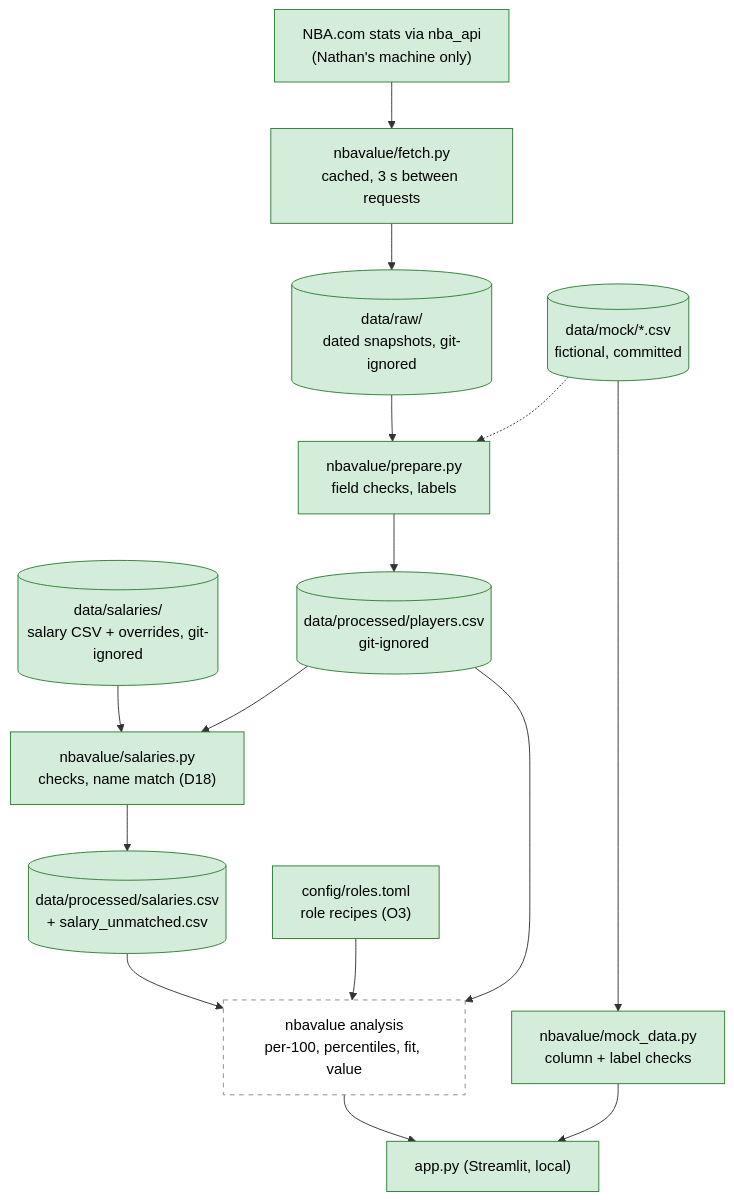
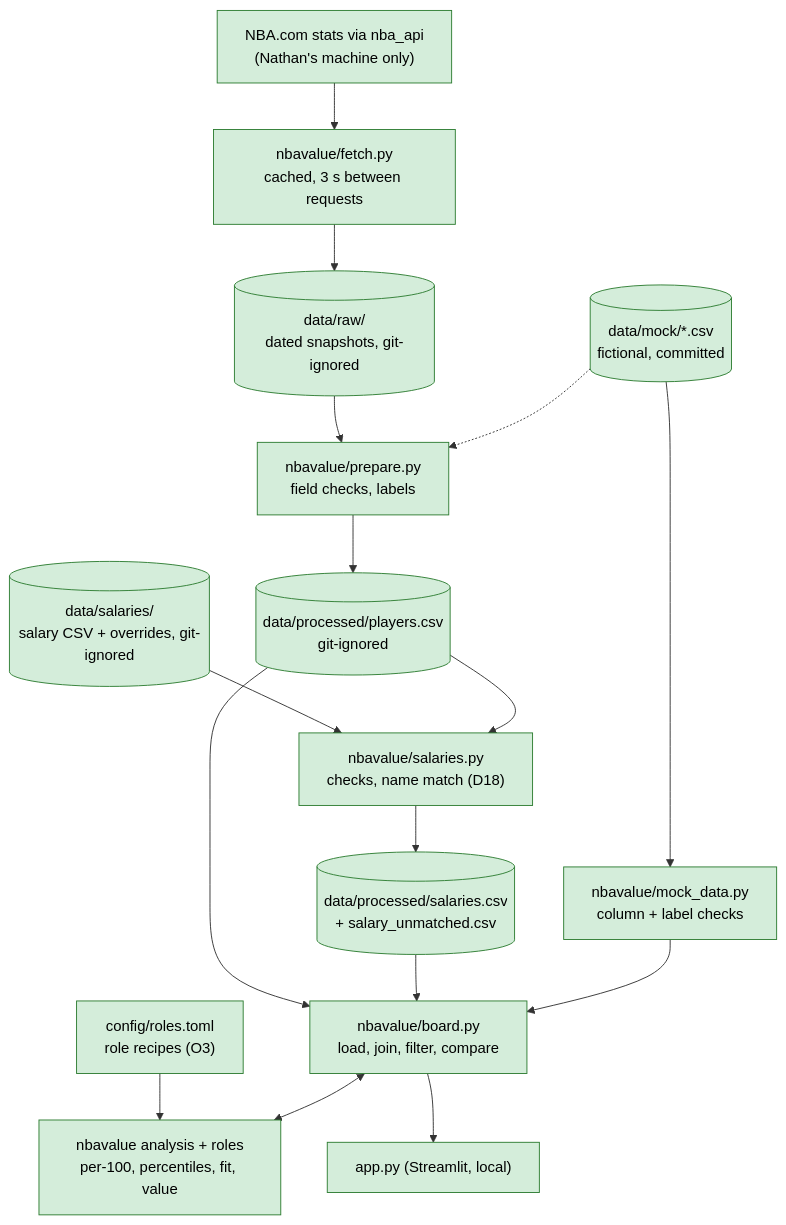
One commit to nathanZKL/EPL-Transfer-Analyzer changed the diagram in docs/architecture.md. Above: the diagram before and after it, drawn with Mermaid. The commit also changed other lines of this file and 13 other files, not shown here.

First line of the commit message:
Build the app: shortlist, value chart and comparison (step 5)

````diff
--- a/docs/architecture.md
+++ b/docs/architecture.md
@@ -50,31 +52,32 @@
 ```mermaid
 flowchart TD
   NBA["NBA.com stats via nba_api<br/>(Nathan's machine only)"]
   SAL[("data/salaries/<br/>salary CSV + overrides, git-ignored")]
   SALM["nbavalue/salaries.py<br/>checks, name match (D18)"]
   STAB[("data/processed/salaries.csv<br/>+ salary_unmatched.csv")]
   FS["nbavalue/fetch.py<br/>cached, 3 s between requests"]
   RAW[("data/raw/<br/>dated snapshots, git-ignored")]
   MOCK[("data/mock/*.csv<br/>fictional, committed")]
   LOAD["nbavalue/mock_data.py<br/>column + label checks"]
   PREP["nbavalue/prepare.py<br/>field checks, labels"]
   TABLE[("data/processed/players.csv<br/>git-ignored")]
   ROLES["config/roles.toml<br/>role recipes (O3)"]
-  ANA["nbavalue analysis<br/>per-100, percentiles, fit, value"]
+  ANA["nbavalue analysis + roles<br/>per-100, percentiles, fit, value"]
+  BOARD["nbavalue/board.py<br/>load, join, filter, compare"]
   APP["app.py (Streamlit, local)"]
 
   NBA --> FS --> RAW --> PREP
-  PREP --> TABLE --> ANA --> APP
-  SAL --> SALM --> STAB --> ANA
+  PREP --> TABLE --> BOARD
+  SAL --> SALM --> STAB --> BOARD
   TABLE --> SALM
   ROLES --> ANA
-  MOCK --> LOAD --> APP
+  MOCK --> LOAD --> BOARD
+  BOARD <--> ANA
+  BOARD --> APP
   MOCK -.-> PREP
 
   classDef built fill:#d4edda,stroke:#2e7d32,color:#000
-  classDef planned fill:#fff,stroke:#888,stroke-dasharray:5 5,color:#000
   class MOCK,LOAD,APP,FS,PREP,SALM built
   class NBA,RAW,TABLE,SAL,STAB built
-  class ROLES built
-  class ANA planned
+  class ROLES,ANA,BOARD built
 ```
````
